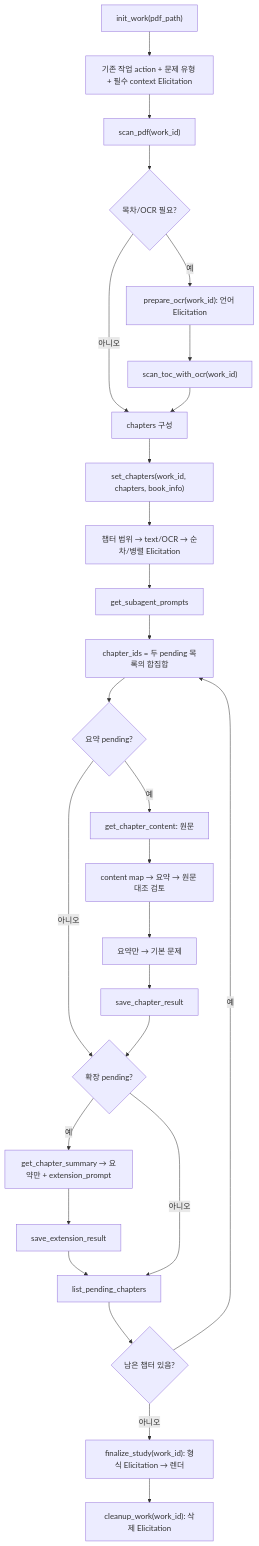
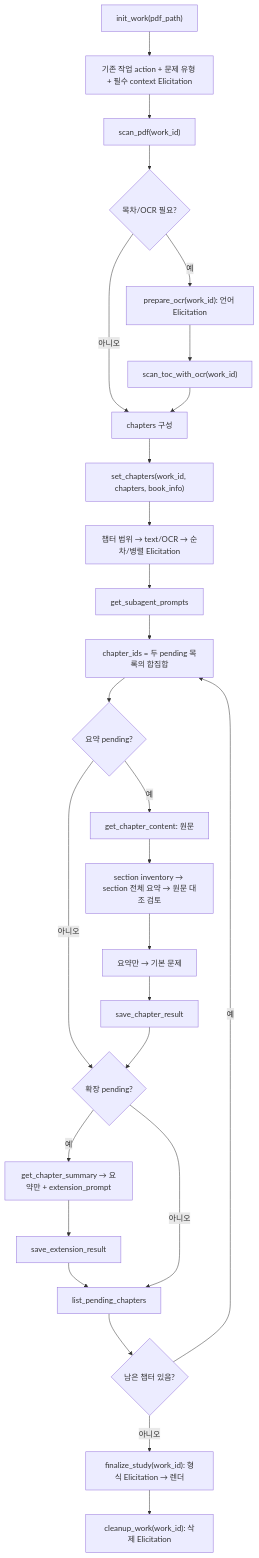
The diagram in docs/architecture.md (lsh2613/pdf-study), drawn with Mermaid before and after one commit. The commit also changed other lines of this file and 18 other files, not shown here.

````diff
--- a/docs/architecture.md
+++ b/docs/architecture.md
@@ -70,32 +70,32 @@
 ```mermaid
 flowchart TD
     A["init_work(pdf_path)"] --> A0["기존 작업 action + 문제 유형 + 필수 context Elicitation"]
     A0 --> B["scan_pdf(work_id)"]
     B --> C{"목차/OCR 필요?"}
     C -->|예| D["prepare_ocr(work_id): 언어 Elicitation"]
     D --> E["scan_toc_with_ocr(work_id)"]
     C -->|아니오| F["chapters 구성"]
     E --> F
     F --> G["set_chapters(work_id, chapters, book_info)"]
     G --> G0["챕터 범위 → text/OCR → 순차/병렬 Elicitation"]
     G0 --> P["get_subagent_prompts"]
 
     P --> Q["chapter_ids = 두 pending 목록의 합집합"]
     Q --> S{"요약 pending?"}
     S -->|예| R["get_chapter_content: 원문"]
-    R --> R0["content map → 요약 → 원문 대조 검토"]
+    R --> R0["section inventory → section 전체 요약 → 원문 대조 검토"]
     R0 --> R1["요약만 → 기본 문제"]
     R1 --> S0["save_chapter_result"]
     S -->|아니오| S1{"확장 pending?"}
     S0 --> S1
 
     S1 -->|예| T["get_chapter_summary → 요약만 + extension_prompt"]
     T --> U["save_extension_result"]
     U --> V["list_pending_chapters"]
     S1 -->|아니오| V
 
     V --> W{"남은 챕터 있음?"}
     W -->|예| Q
     W -->|아니오| X["finalize_study(work_id): 형식 Elicitation → 렌더"]
     X --> Y["cleanup_work(work_id): 삭제 Elicitation"]
 ```
````
